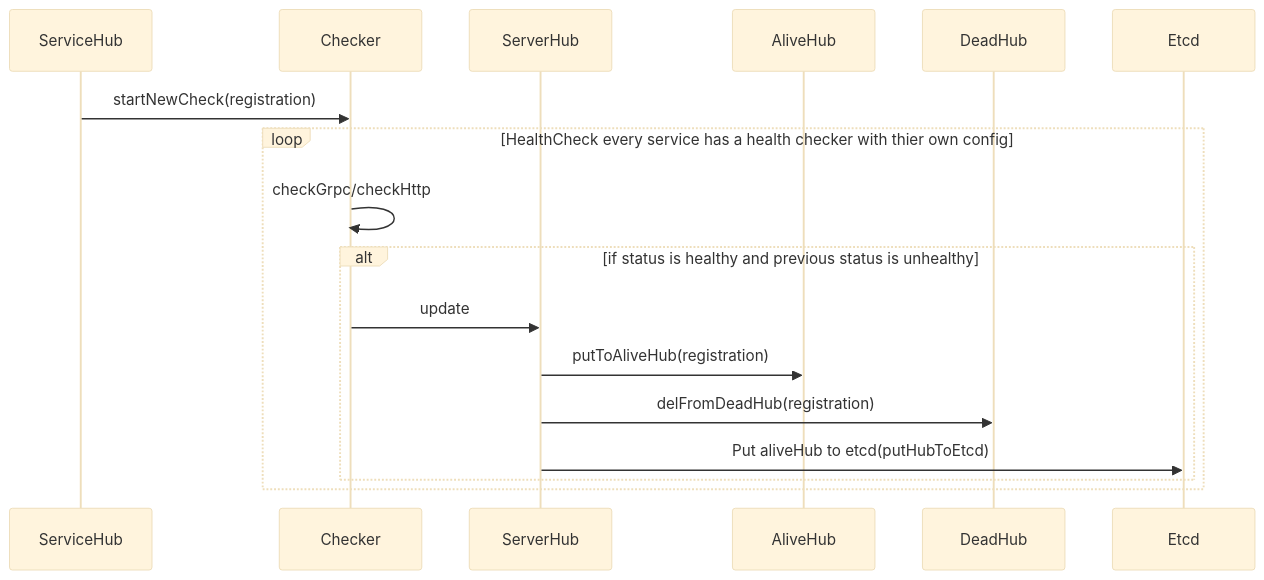
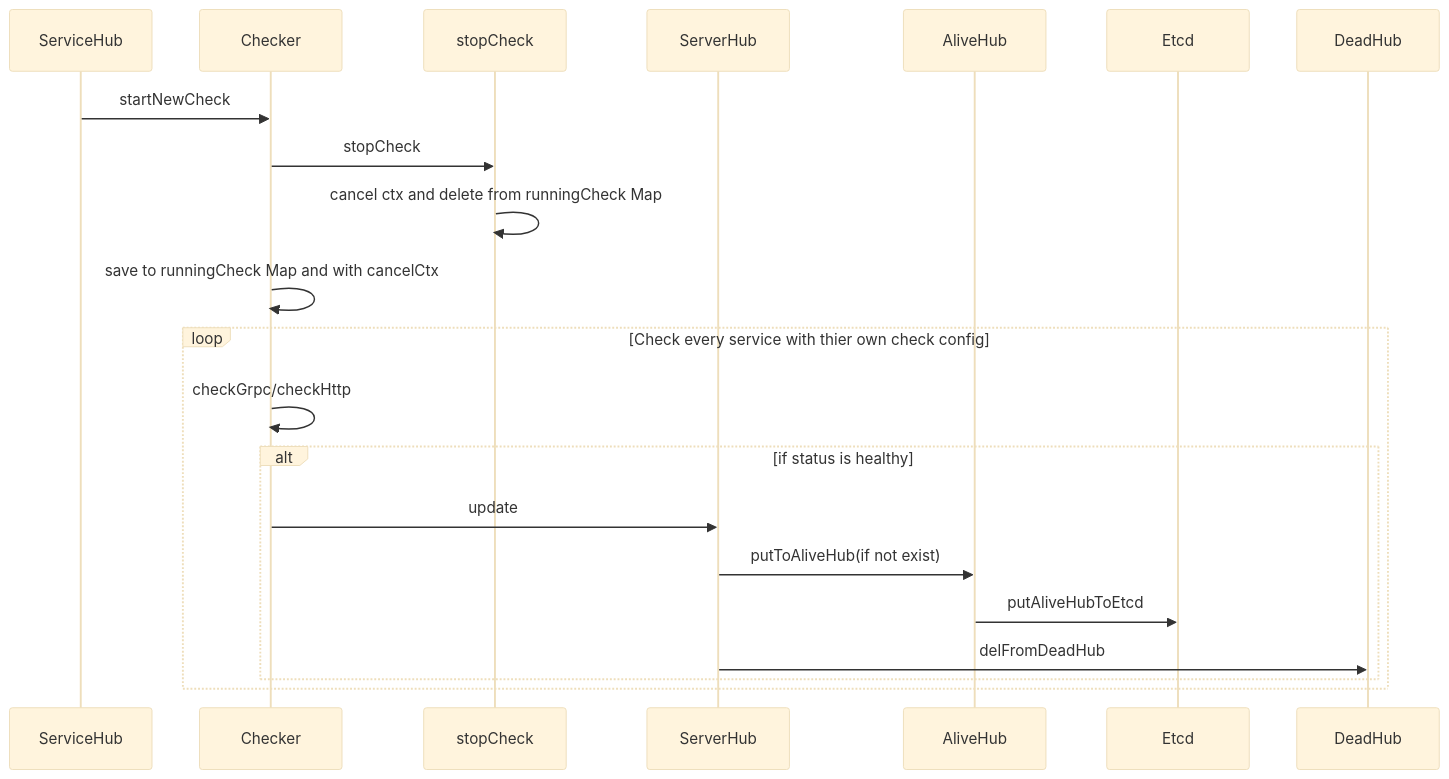
The fourth of 5 diagrams in README.md (cruvie/kk_etcd_go), drawn with Mermaid (base theme) before and after one commit. The commit also changed other lines of this file and 51 other files, not shown here.

````diff
--- a/README.md
+++ b/README.md
@@ -120,13 +136,16 @@
 ```mermaid
 sequenceDiagram
-    ServiceHub ->> Checker: startNewCheck(registration)
-    loop HealthCheck every service has a health checker with thier own config
+    ServiceHub ->> Checker: startNewCheck
+    Checker ->> stopCheck: stopCheck
+    stopCheck ->> stopCheck: cancel ctx and delete from runningCheck Map
+    Checker ->> Checker: save to runningCheck Map and with cancelCtx
+    loop Check every service with thier own check config
         Checker ->> Checker: checkGrpc/checkHttp
-        alt if status is healthy and previous status is unhealthy
+        alt if status is healthy
             Checker ->> ServerHub: update
-            ServerHub ->> AliveHub: putToAliveHub(registration)
-            ServerHub ->> DeadHub: delFromDeadHub(registration)
-            ServerHub ->> Etcd: Put aliveHub to etcd(putHubToEtcd)
+            ServerHub ->> AliveHub: putToAliveHub(if not exist)
+            AliveHub ->> Etcd: putAliveHubToEtcd
+            ServerHub ->> DeadHub: delFromDeadHub
         end
     end
 ```
````
